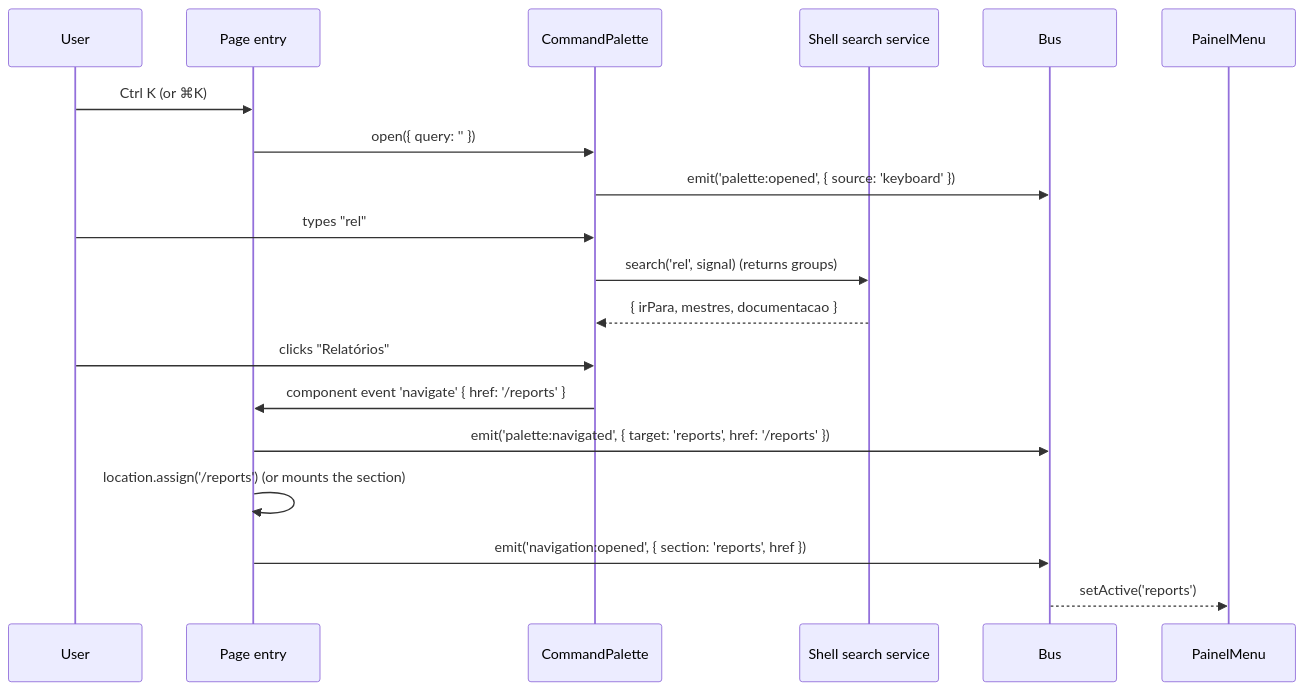
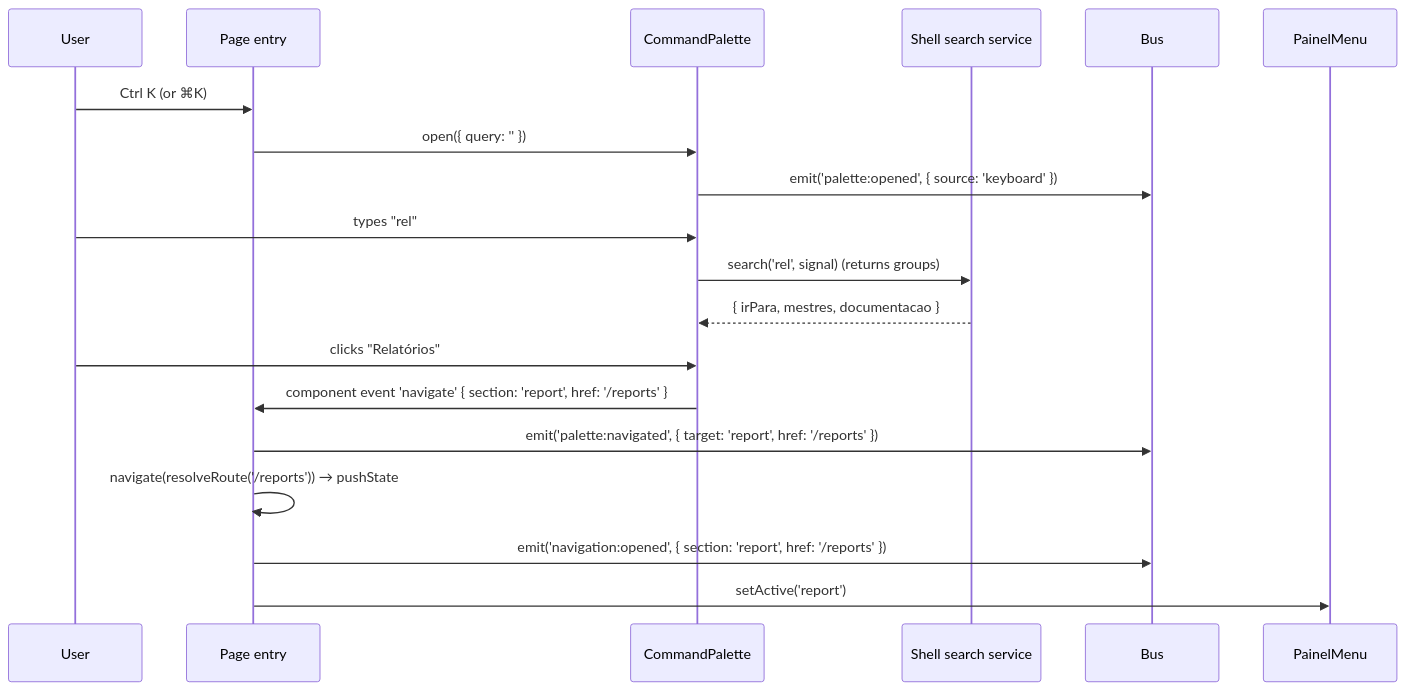
The eighth of 9 diagrams in docs/frontend/events.md (werlang/gladCode2), drawn with Mermaid before and after one commit. The commit also changed other lines of this file and 4 other files, not shown here.

````diff
--- a/docs/frontend/events.md
+++ b/docs/frontend/events.md
@@ -351,21 +496,21 @@
 ```mermaid
 sequenceDiagram
     participant User
     participant Shell as Page entry
     participant Palette as CommandPalette
     participant Search as Shell search service
     participant Bus
     participant Menu as PainelMenu
     User->>Shell: Ctrl K (or ⌘K)
     Shell->>Palette: open({ query: '' })
     Palette->>Bus: emit('palette:opened', { source: 'keyboard' })
     User->>Palette: types "rel"
     Palette->>Search: search('rel', signal) (returns groups)
     Search-->>Palette: { irPara, mestres, documentacao }
     User->>Palette: clicks "Relatórios"
-    Palette->>Shell: component event 'navigate' { href: '/reports' }
-    Shell->>Bus: emit('palette:navigated', { target: 'reports', href: '/reports' })
-    Shell->>Shell: location.assign('/reports') (or mounts the section)
-    Shell->>Bus: emit('navigation:opened', { section: 'reports', href })
-    Bus-->>Menu: setActive('reports')
+    Palette->>Shell: component event 'navigate' { section: 'report', href: '/reports' }
+    Shell->>Bus: emit('palette:navigated', { target: 'report', href: '/reports' })
+    Shell->>Shell: navigate(resolveRoute('/reports')) → pushState
+    Shell->>Bus: emit('navigation:opened', { section: 'report', href: '/reports' })
+    Shell->>Menu: setActive('report')
 ```
````
